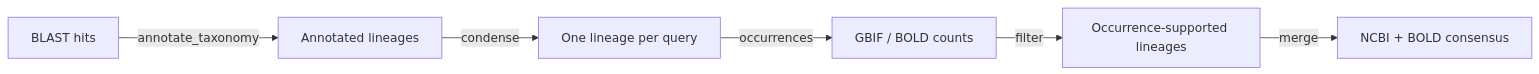
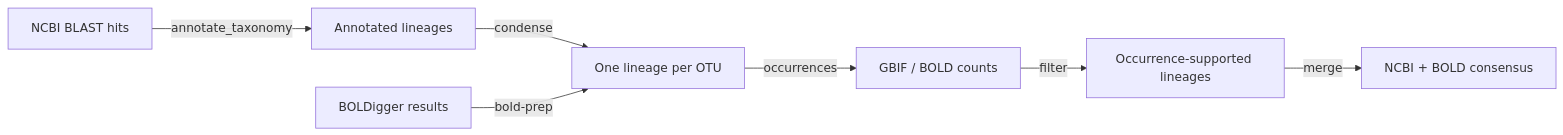
Before and after one commit to sararsampaio/taxcord: the diagram in README.md, drawn with Mermaid. The commit also changed other lines of this file and 5 other files, not shown here.

First line of the commit message:
Add bold-prep command and make filter source-agnostic

````diff
--- a/README.md
+++ b/README.md
@@ -14,8 +19,9 @@
 ```mermaid
 flowchart LR
-    A[BLAST hits] -->|annotate_taxonomy| B[Annotated lineages]
-    B -->|condense| C[One lineage per query]
+    A[NCBI BLAST hits] -->|annotate_taxonomy| B[Annotated lineages]
+    B -->|condense| C[One lineage per OTU]
+    A2[BOLDigger results] -->|bold-prep| C
     C -->|occurrences| D[GBIF / BOLD counts]
     D -->|filter| E[Occurrence-supported lineages]
     E -->|merge| F[NCBI + BOLD consensus]
 ```
````
